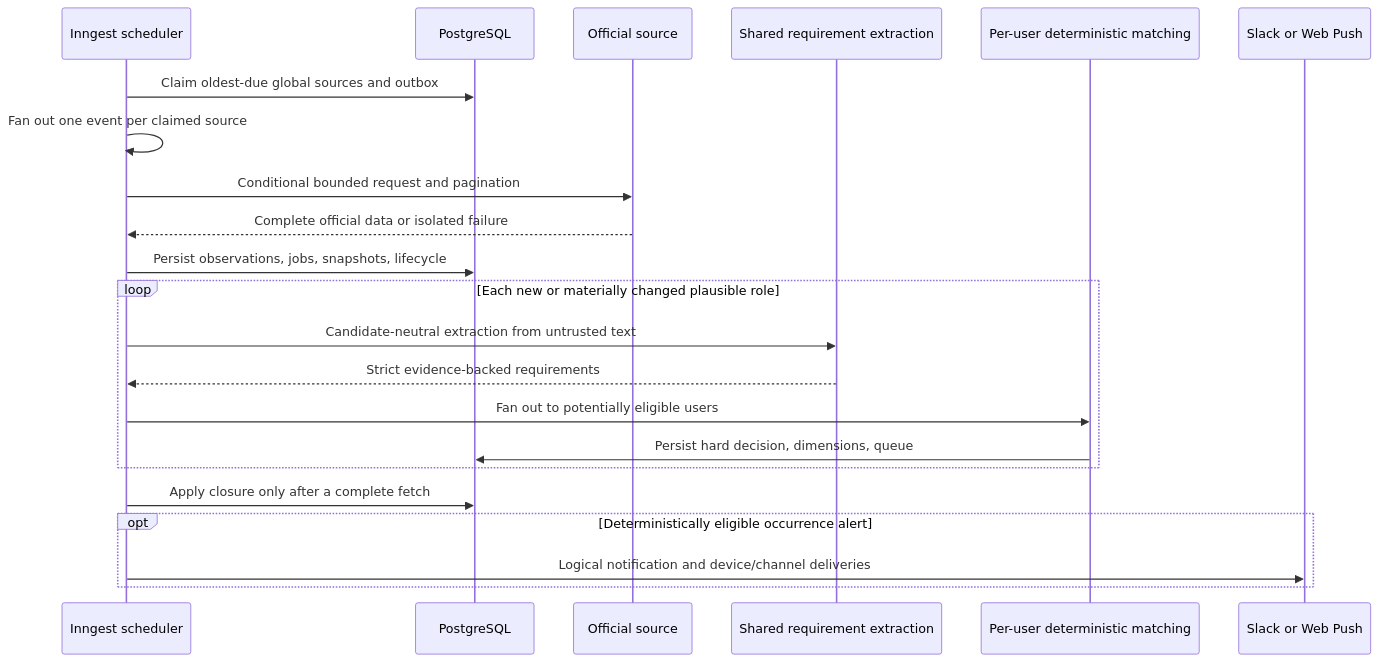
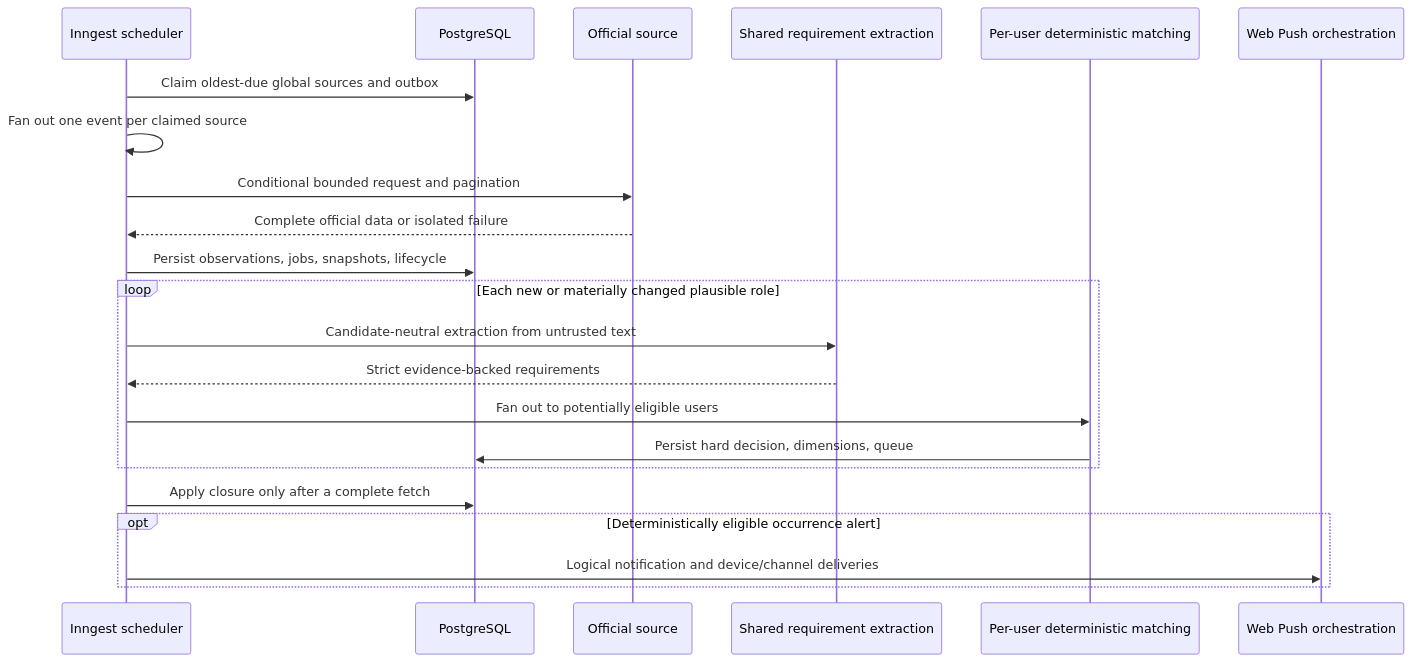
The second of 2 diagrams in docs/architecture.md (ilan0/firstseen-job-discovery), drawn with Mermaid before and after one commit. The commit also changed other lines of this file and 46 other files, not shown here.

````diff
--- a/docs/architecture.md
+++ b/docs/architecture.md
@@ -33,24 +33,24 @@
 ```mermaid
 sequenceDiagram
   participant C as Inngest scheduler
   participant DB as PostgreSQL
   participant ATS as Official source
   participant AI as Shared requirement extraction
   participant Match as Per-user deterministic matching
-  participant Delivery as Slack or Web Push
+  participant Delivery as Web Push orchestration
   C->>DB: Claim oldest-due global sources and outbox
   C->>C: Fan out one event per claimed source
   C->>ATS: Conditional bounded request and pagination
   ATS-->>C: Complete official data or isolated failure
   C->>DB: Persist observations, jobs, snapshots, lifecycle
   loop Each new or materially changed plausible role
     C->>AI: Candidate-neutral extraction from untrusted text
     AI-->>C: Strict evidence-backed requirements
     C->>Match: Fan out to potentially eligible users
     Match->>DB: Persist hard decision, dimensions, queue
   end
   C->>DB: Apply closure only after a complete fetch
   opt Deterministically eligible occurrence alert
     C->>Delivery: Logical notification and device/channel deliveries
   end
 ```
````
